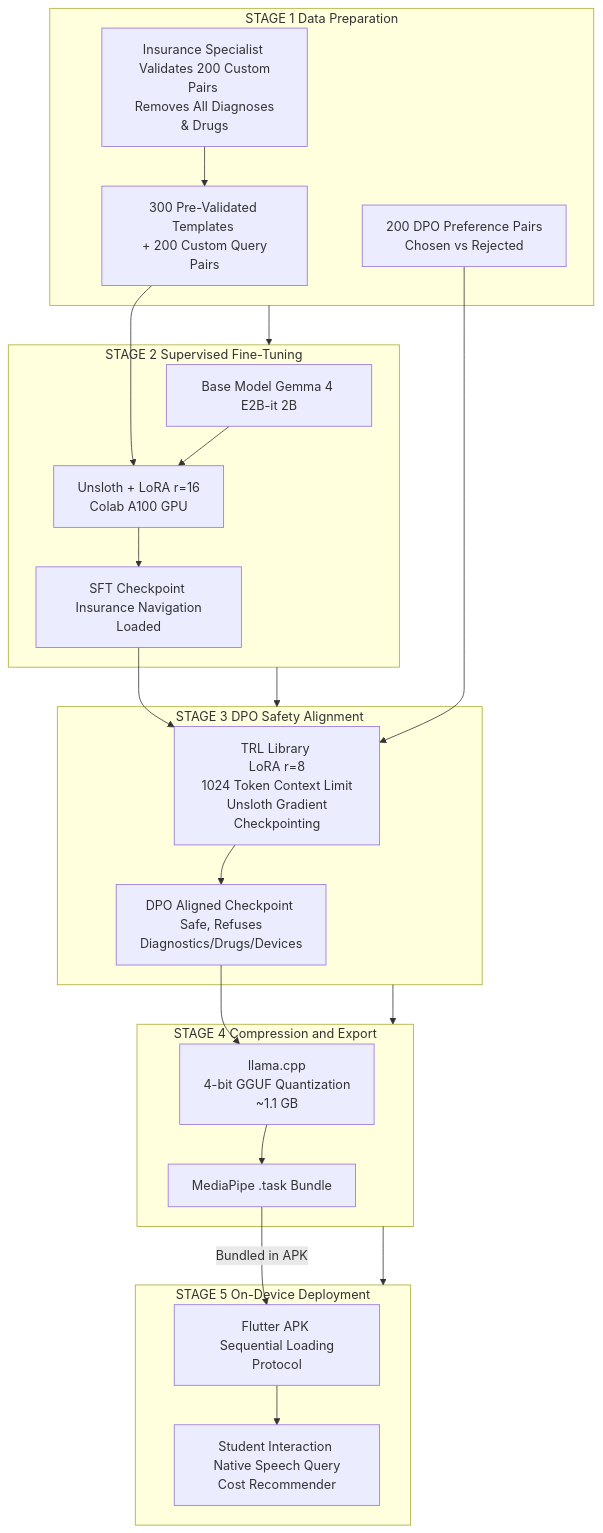
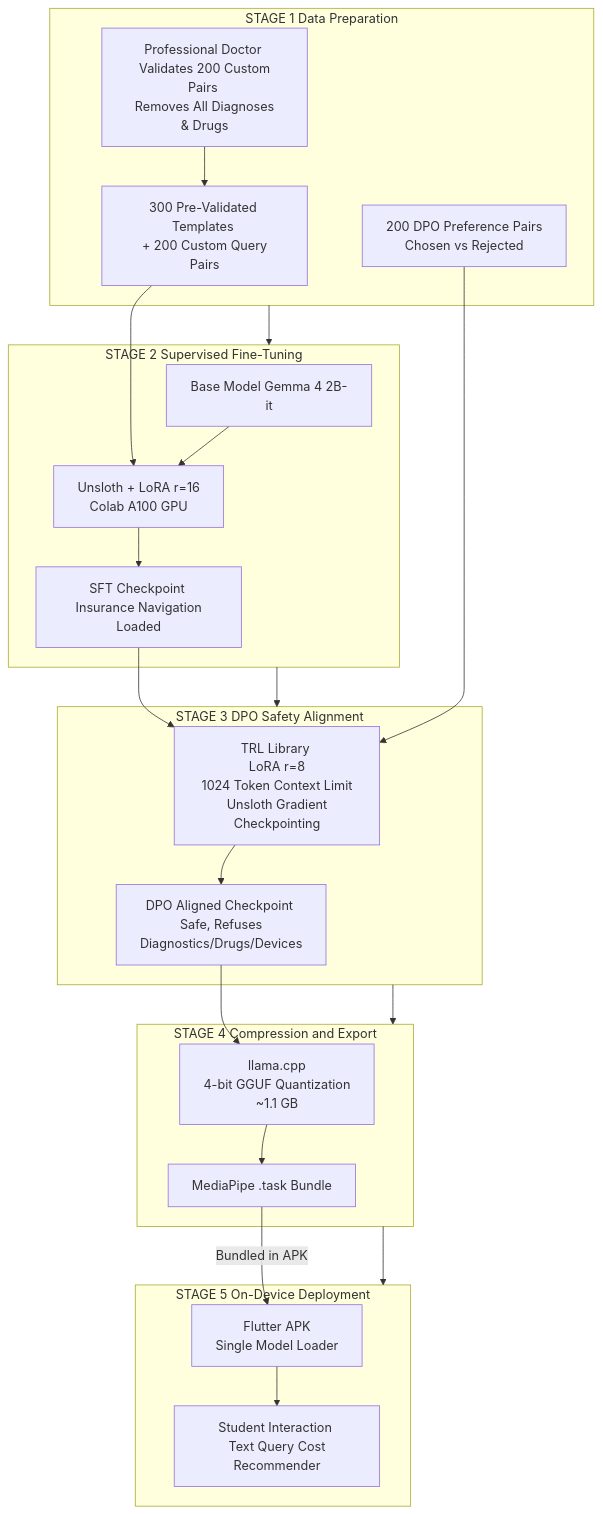
One commit to tuyishimejeandamour/capstone changed the sixth of 11 diagrams in proposal.md. Above: the diagram before and after it, drawn with Mermaid. The commit also changed other lines of this file and 52 other files, not shown here.

Commit message:
Update project dependencies, enhance database schema for hospitals, and improve location-based hospital recommendations in the app.

````diff
--- a/proposal.md
+++ b/proposal.md
@@ -594,42 +566,42 @@
 ```mermaid
 flowchart TD
     subgraph A [STAGE 1 Data Preparation]
         A1[300 Pre-Validated Templates <br> + 200 Custom Query Pairs]
         A2[200 DPO Preference Pairs <br> Chosen vs Rejected]
-        A3[Insurance Specialist <br> Validates 200 Custom Pairs <br> Removes All Diagnoses & Drugs]
+        A3[Professional Doctor <br> Validates 200 Custom Pairs <br> Removes All Diagnoses & Drugs]
         A3 --> A1
     end
 
     subgraph B [STAGE 2 Supervised Fine-Tuning]
-        B1[Base Model Gemma 4 E2B-it 2B]
+        B1[Base Model Gemma 4 2B-it]
         B2[Unsloth + LoRA r=16 <br> Colab A100 GPU]
         B3[SFT Checkpoint <br> Insurance Navigation Loaded]
         A1 --> B2
         B1 --> B2
         B2 --> B3
     end
 
     subgraph C [STAGE 3 DPO Safety Alignment]
         C1[TRL Library <br> LoRA r=8 <br> 1024 Token Context Limit <br> Unsloth Gradient Checkpointing]
         C2[DPO Aligned Checkpoint <br> Safe, Refuses Diagnostics/Drugs/Devices]
         B3 --> C1
         A2 --> C1
         C1 --> C2
     end
 
     subgraph D [STAGE 4 Compression and Export]
         D1[llama.cpp <br> 4-bit GGUF Quantization <br> ~1.1 GB]
         D2[MediaPipe .task Bundle]
         C2 --> D1
         D1 --> D2
     end
 
     subgraph E [STAGE 5 On-Device Deployment]
-        E1[Flutter APK <br> Sequential Loading Protocol]
-        E2[Student Interaction <br> Native Speech Query Cost Recommender]
+        E1[Flutter APK <br> Single Model Loader]
+        E2[Student Interaction <br> Text Query Cost Recommender]
         D2 -->|Bundled in APK| E1
         E1 --> E2
     end
 
     A --> B --> C --> D --> E
 ```
````
